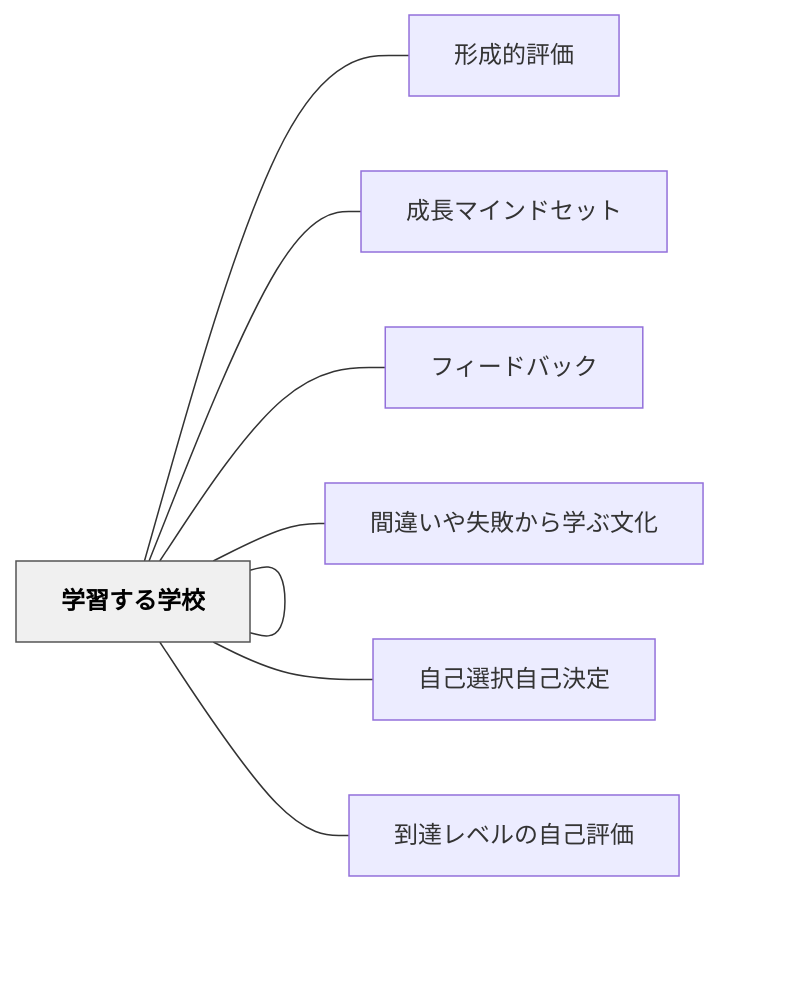
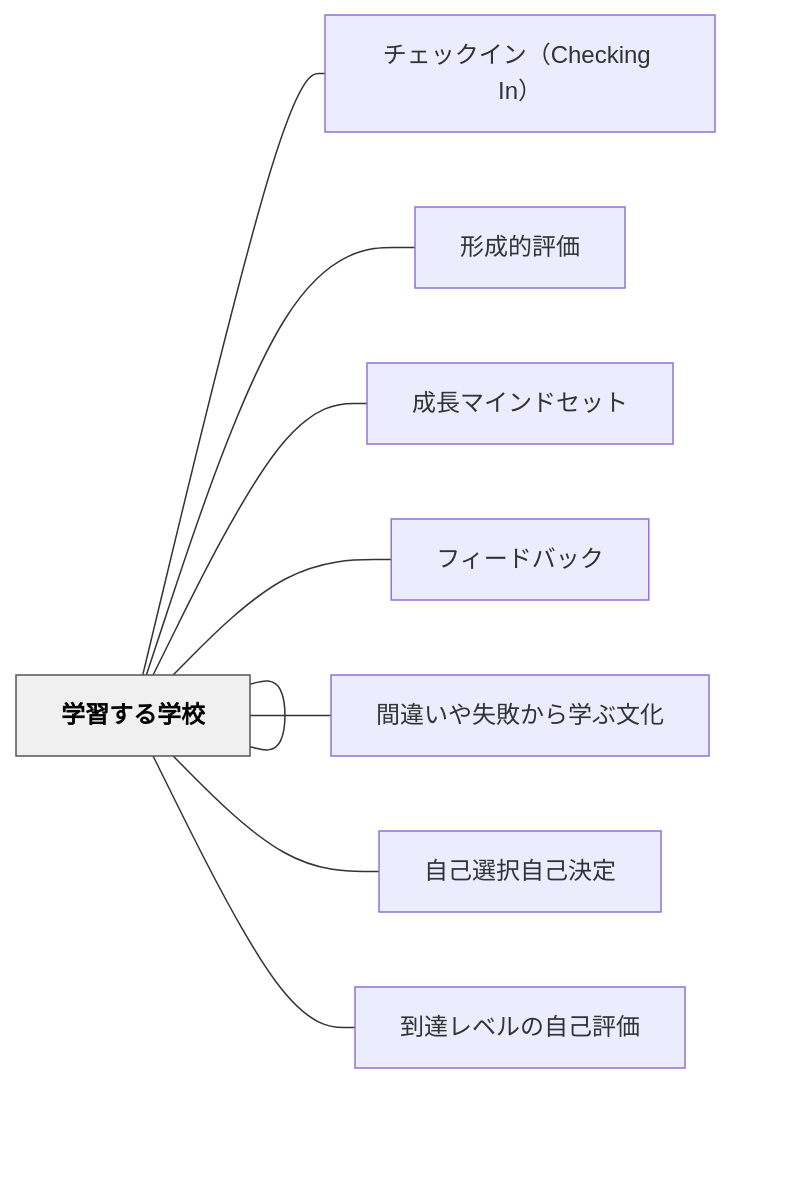
One commit to unknownthings-ed-patterns/unknownthings-ed-patterns changed the diagram in content/パタン/学習のための評価（A4L）.md. Above: the diagram before and after it, drawn with Mermaid. The commit also changed other lines of this file and 473 other files, not shown here.

````diff
--- a/content/パタン/学習のための評価（A4L）.md
+++ b/content/パタン/学習のための評価（A4L）.md
@@ -188,22 +189,24 @@
 ```mermaid
 flowchart LR
     ne5ada6e7bf92["学習のための評価（A4L）"]
+    ne38381e382a7["チェックイン（Checking In）"]
     ne5bda2e68890["形成的評価"]
     ne68890e995b7["成長マインドセット"]
     ne38395e382a3["フィードバック"]
     ne99693e98195["間違いや失敗から学ぶ文化"]
     ne887aae5b7b1["自己選択自己決定"]
     ne588b0e98194["到達レベルの自己評価"]
     ne5ada6e7bf92["学習する学校"]
 
+    ne5ada6e7bf92 --- ne38381e382a7
     ne5ada6e7bf92 --- ne5bda2e68890
     ne5ada6e7bf92 --- ne68890e995b7
     ne5ada6e7bf92 --- ne38395e382a3
     ne5ada6e7bf92 --- ne99693e98195
     ne5ada6e7bf92 --- ne887aae5b7b1
     ne5ada6e7bf92 --- ne588b0e98194
     ne5ada6e7bf92 --- ne5ada6e7bf92
 
     classDef hub fill:#f0f0f0,stroke:#555,color:#000,font-weight:bold
     class ne5ada6e7bf92 hub
 ```
````
